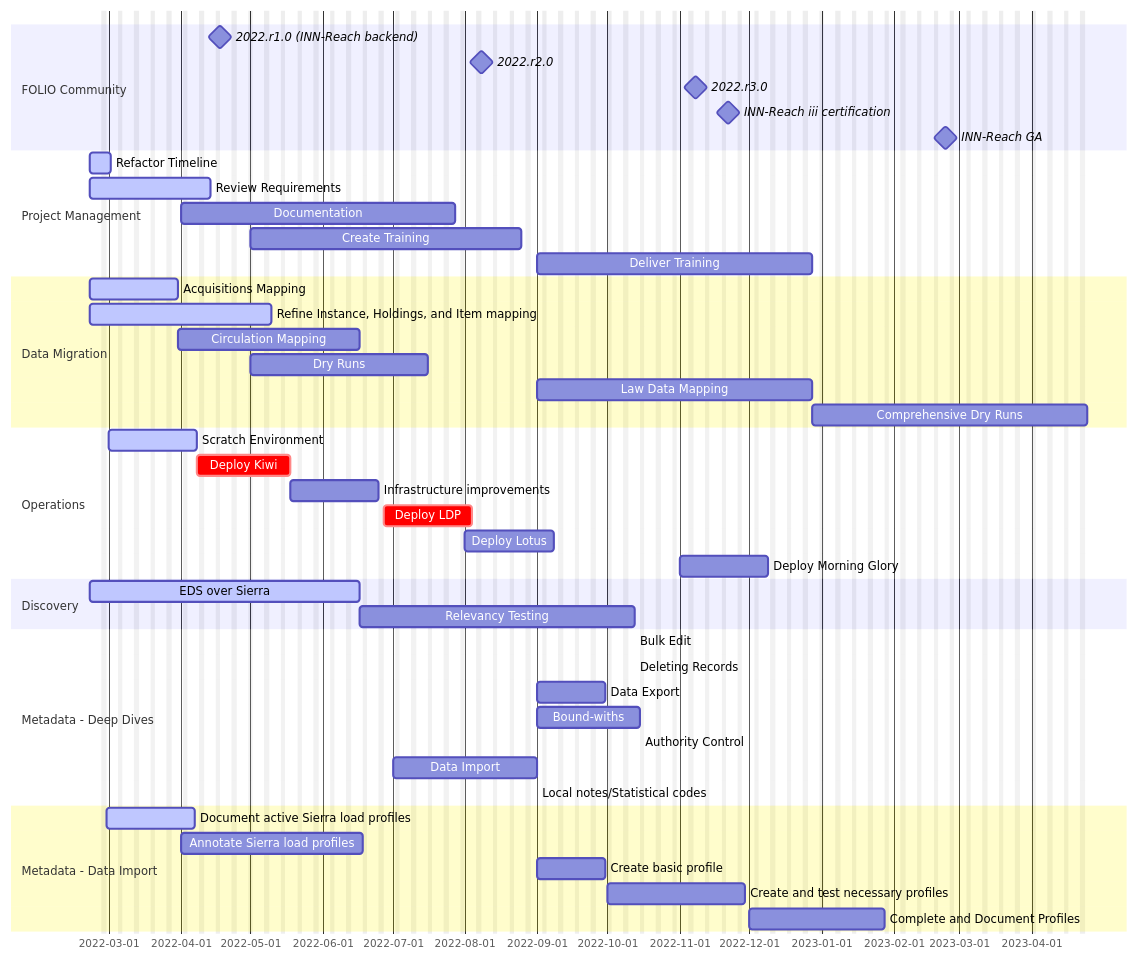
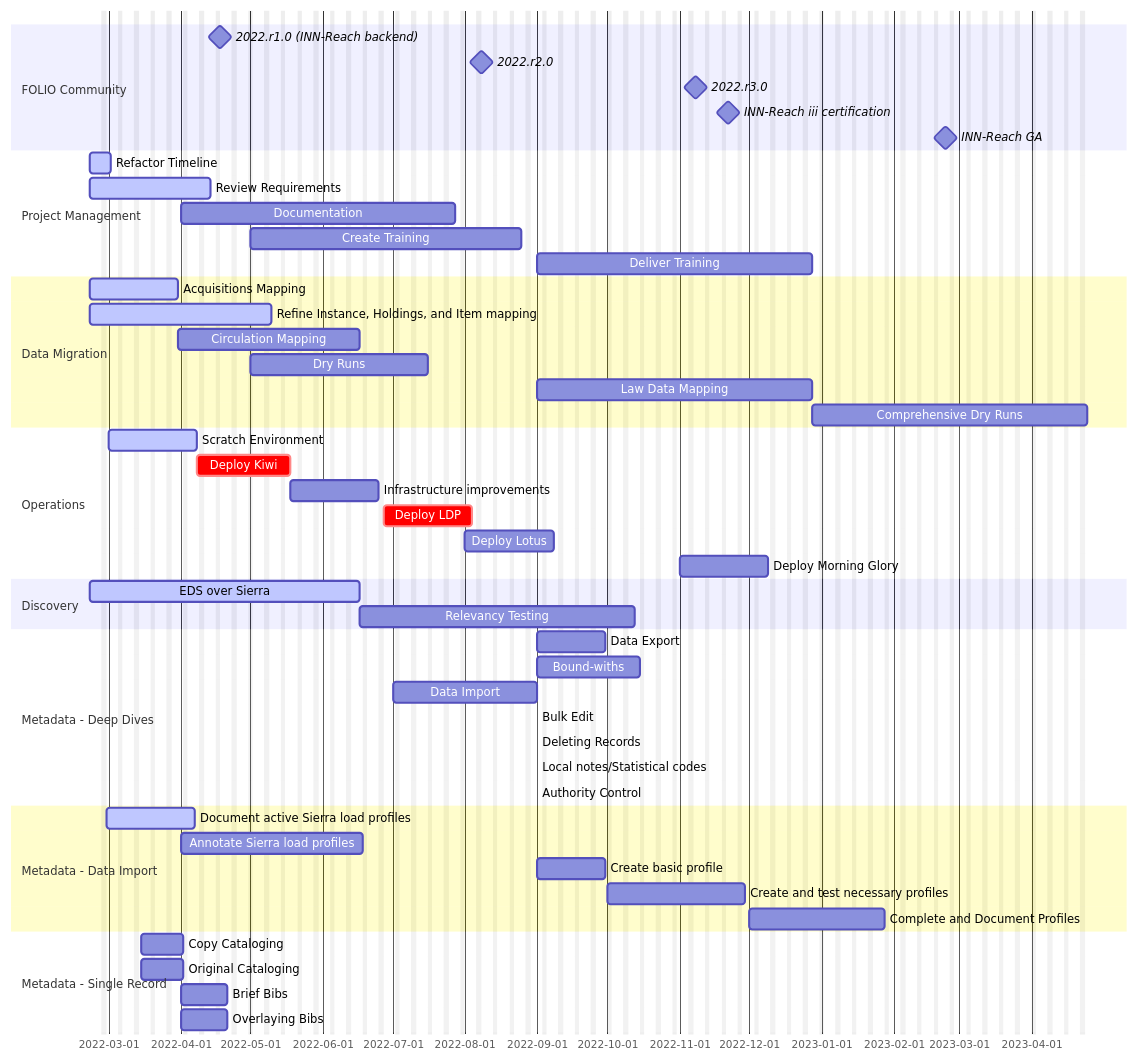
Before and after one commit to culibraries/folio: the diagram in docs/admin/timelines.md, drawn with Mermaid.

Commit message:
Single Record timeline.

````diff
--- a/docs/admin/timelines.md
+++ b/docs/admin/timelines.md
@@ -19,57 +19,63 @@
 ```{mermaid}
   gantt
       dateFormat  YYYY-MM-DD
       excludes  weekends
       axisFormat %Y-%m-%d
 
       section FOLIO Community
       2022.r1.0 (INN-Reach backend) :milestone, 2022-04-18, 0d
       2022.r2.0 :milestone, 2022-08-08, 0d
       2022.r3.0 :milestone, 2022-11-08, 0d
       INN-Reach iii certification :milestone, 2022-11-22, 0d
       INN-Reach GA :milestone, 2023-02-23, 0d
 
       section Project Management
       Refactor Timeline     :active, 2022-02-21, 1w
       Review Requirements   :active, 2022-02-21, 38d
       Documentation :2022-04-01, 12w
       Create Training :2022-05-01, 12w
       Deliver Training :2022-09-01, 12w
 
       section Data Migration
       Acquisitions Mapping :active, dm1, 2022-02-21, 4w
       Refine Instance, Holdings, and Item mapping :active, 2022-02-21, 8w
       Circulation Mapping:dm3, after dm1, 8w
       Dry Runs :2022-05-01, 8w
       Law Data Mapping      :d4, 2022-09-01  , 12w
       Comprehensive Dry Runs      :d5, after d4, 12w
 
       section Operations
       Scratch Environment :active, o1, 2022-03-01, 4w
       Deploy Kiwi :crit, o2, after o1,  4w
       Infrastructure improvements :o3, after o2, 4w
       Deploy LDP :crit, o4, after o3, 4w
       Deploy Lotus :o5, 2022-08-01, 4w
       Deploy Morning Glory :o6, 2022-11-01, 4w
 
       section Discovery
       EDS over Sierra   :active, d1, 2022-02-21, 12w
       Relevancy Testing  :12w
 
-
       section Metadata - Deep Dives
+      Data Export: 2022-09-01,2022-09-30
+      Bound-withs: 2022-09-01,2022-10-15
+      Data Import: 2022-07-01,2022-09-01
       Bulk Edit: 
       Deleting Records: 
-      Data Export: 2022-09-01,2022-09-30
-      Bound-withs: 2022-09-01,2022-10-15
+      Local notes/Statistical codes: 
       Authority Control: 
-      Data Import: 2022-07-01,2022-09-01
-      Local notes/Statistical codes: 
 
       section Metadata - Data Import
       Document active Sierra load profiles :active, 2022-02-28, 4w
       Annotate Sierra load profiles :2022-04-01, 8w
       Create basic profile :2022-09-01, 3w
       Create and test necessary profiles :2022-10-01, 6w
       Complete and Document Profiles :2022-12-01, 6w
+
+      section Metadata - Single Record
+      Copy Cataloging: 2022-03-15, 2w
+      Original Cataloging: 2022-03-15, 2w
+      Brief Bibs: 2022-04-01, 2w
+      Overlaying Bibs: 2022-04-01, 2w
+
 ```
````
